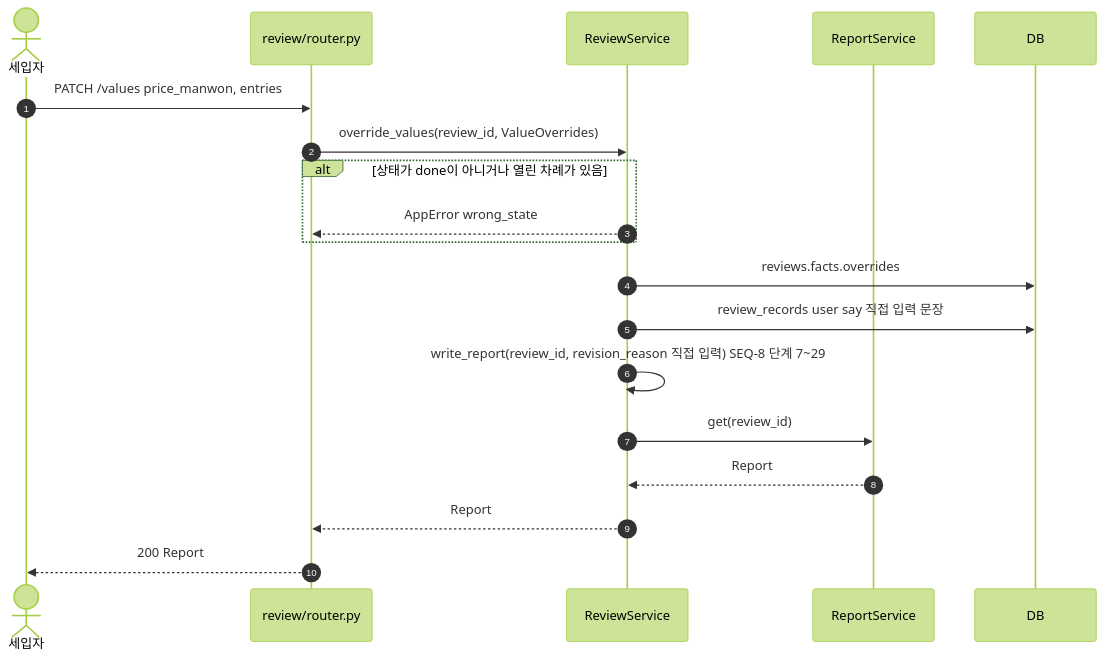
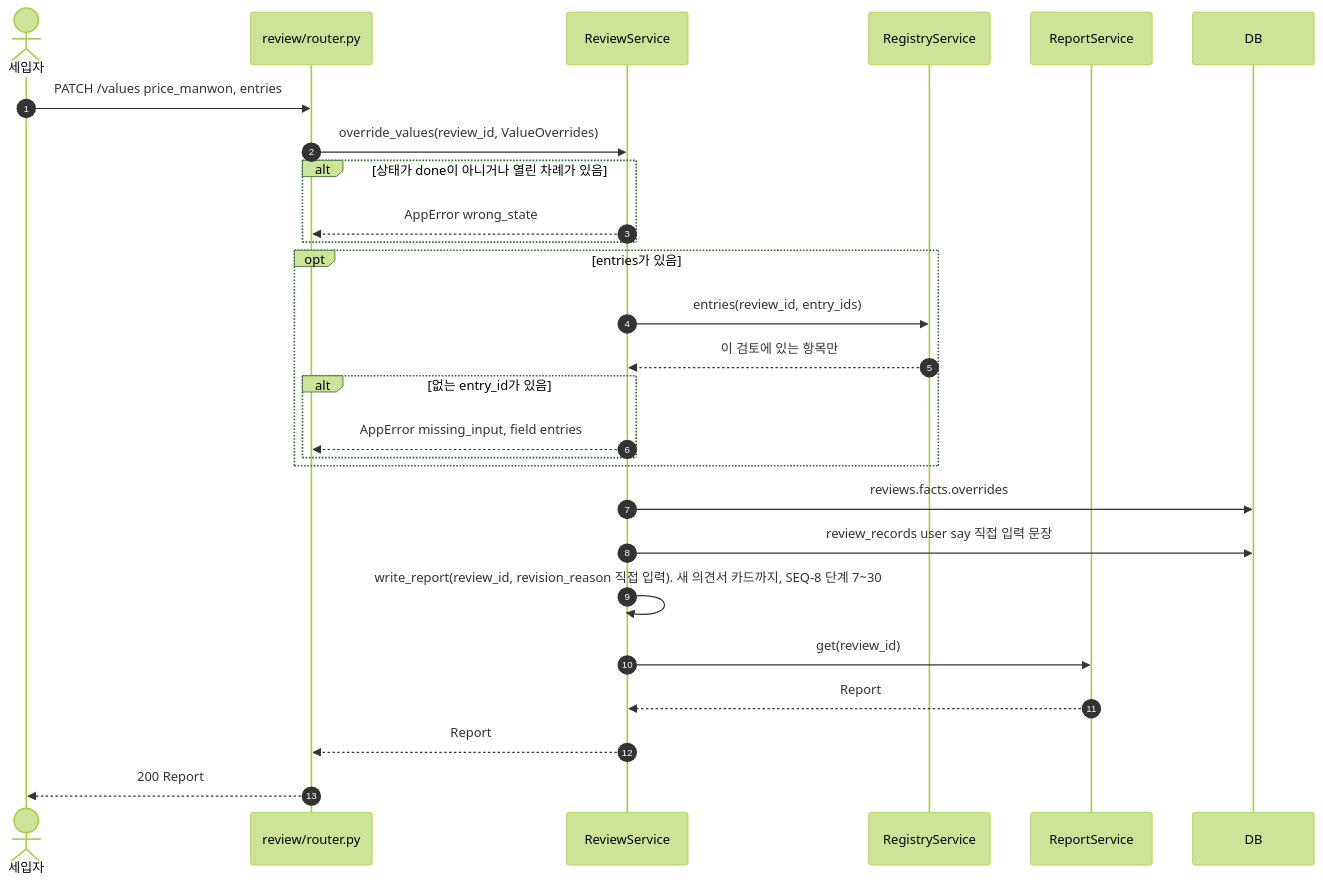
The tenth of 20 diagrams in docs/specs/09-SEQ/JSD-SEQ-001.md (HoyoungParkme/deposit-guard), drawn with Mermaid (forest theme) before and after one commit. The commit also changed other lines of this file, not shown here.

````diff
--- a/docs/specs/09-SEQ/JSD-SEQ-001.md
+++ b/docs/specs/09-SEQ/JSD-SEQ-001.md
@@ -660,22 +670,30 @@
 ```mermaid
 sequenceDiagram
     autonumber
     actor U as 세입자
     participant WR as review/router.py
     participant RV as ReviewService
+    participant RS as RegistryService
     participant RP as ReportService
     participant DB
 
     U->>WR: PATCH /values price_manwon, entries
     WR->>RV: override_values(review_id, ValueOverrides)
     alt 상태가 done이 아니거나 열린 차례가 있음
         RV-->>WR: AppError wrong_state
     end
+    opt entries가 있음
+        RV->>RS: entries(review_id, entry_ids)
+        RS-->>RV: 이 검토에 있는 항목만
+        alt 없는 entry_id가 있음
+            RV-->>WR: AppError missing_input, field entries
+        end
+    end
     RV->>DB: reviews.facts.overrides
     RV->>DB: review_records user say 직접 입력 문장
-    RV->>RV: write_report(review_id, revision_reason 직접 입력) SEQ-8 단계 7~29
+    RV->>RV: write_report(review_id, revision_reason 직접 입력). 새 의견서 카드까지, SEQ-8 단계 7~30
     RV->>RP: get(review_id)
     RP-->>RV: Report
     RV-->>WR: Report
     WR-->>U: 200 Report
 ```
````
